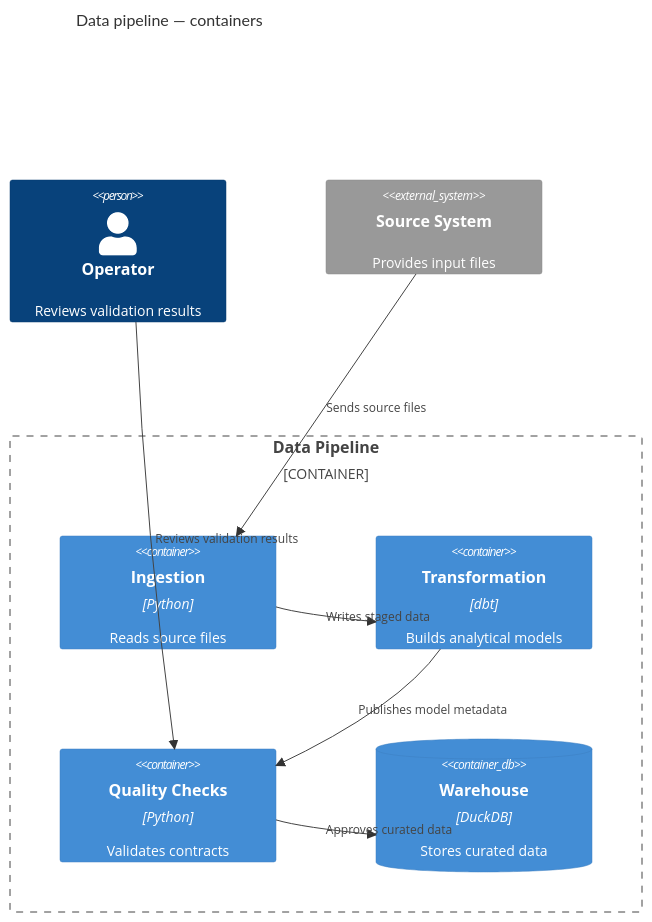
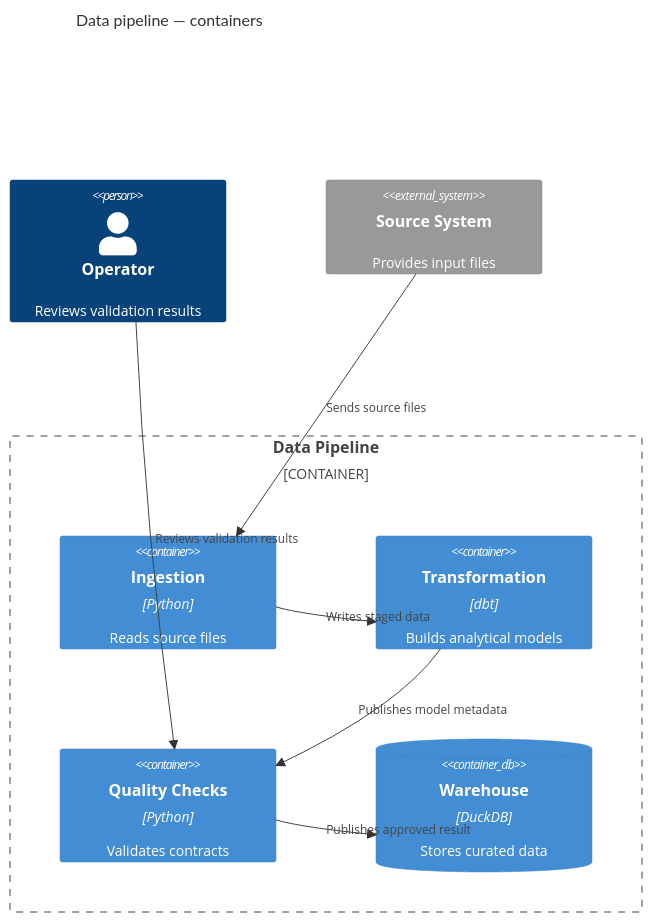
Before and after one commit to mols3131d/mols-agent-assets: the second of 5 diagrams in src/rulesync/.rulesync/skills/mols-mermaid-diagram/references/examples/c4-diagrams.md, drawn with Mermaid. The commit also changed other lines of this file, not shown here.

Commit message:
docs(mermaid): align C4 view semantics

````diff
--- a/src/rulesync/.rulesync/skills/mols-mermaid-diagram/references/examples/c4-diagrams.md
+++ b/src/rulesync/.rulesync/skills/mols-mermaid-diagram/references/examples/c4-diagrams.md
@@ -33,19 +33,19 @@
 ```mermaid
 C4Container
     title Data pipeline — containers
     Person(operator, "Operator", "Reviews validation results")
     System_Ext(source, "Source System", "Provides input files")
 
     Container_Boundary(pipeline, "Data Pipeline") {
         Container(ingest, "Ingestion", "Python", "Reads source files")
         Container(transform, "Transformation", "dbt", "Builds analytical models")
         Container(quality, "Quality Checks", "Python", "Validates contracts")
         ContainerDb(store, "Warehouse", "DuckDB", "Stores curated data")
     }
 
     Rel(source, ingest, "Sends source files")
     Rel(ingest, transform, "Writes staged data")
     Rel(transform, quality, "Publishes model metadata")
-    Rel(quality, store, "Approves curated data")
+    Rel(quality, store, "Publishes approved result")
     Rel(operator, quality, "Reviews validation results")
 ```
````
